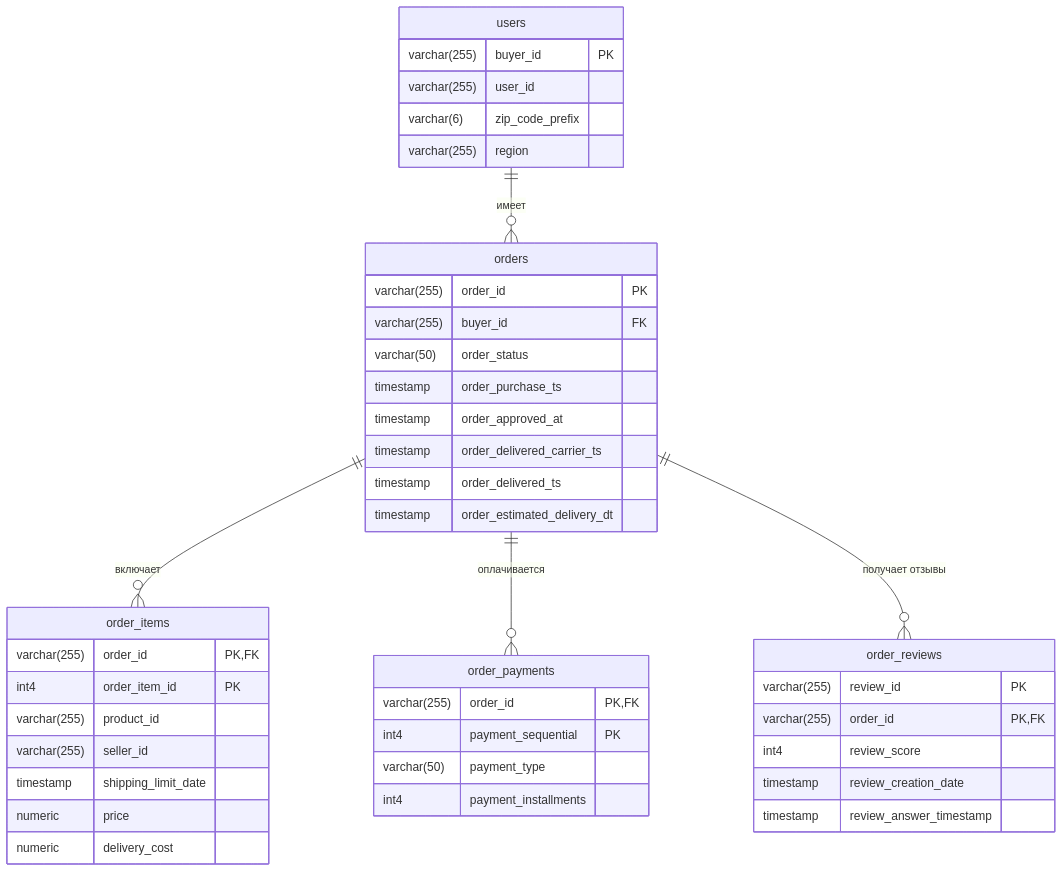
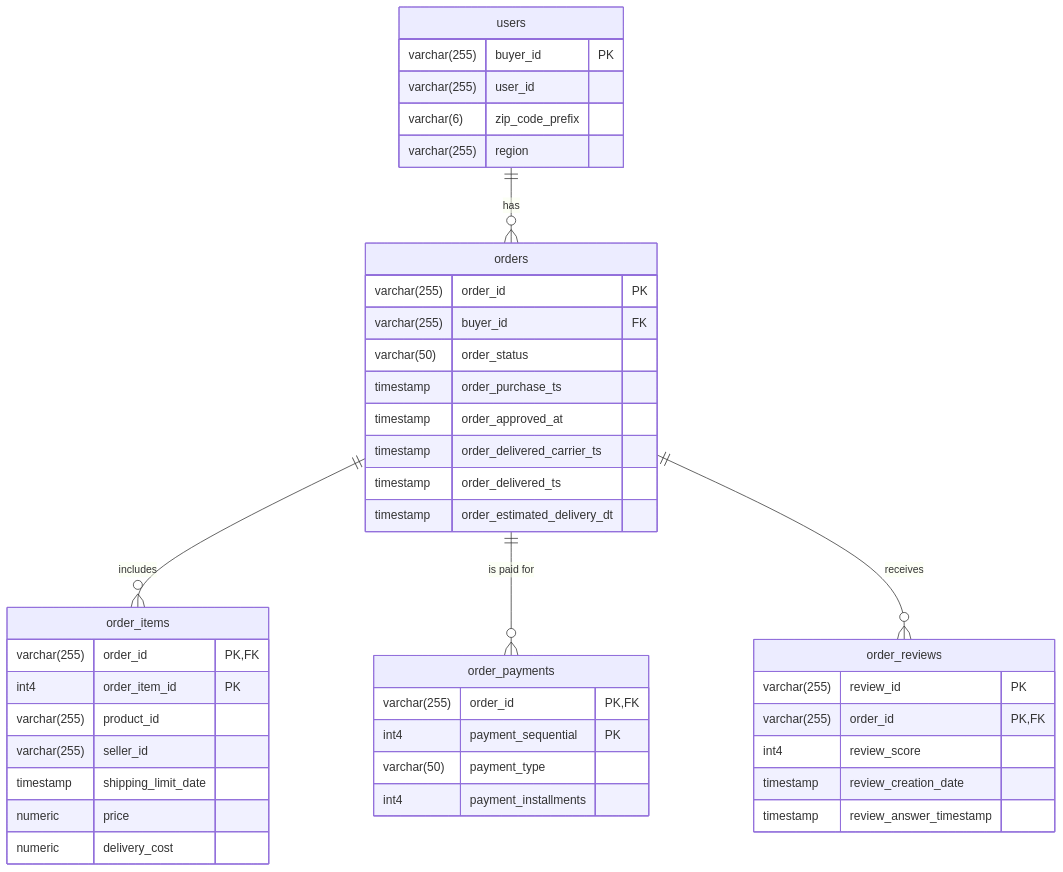
Before and after one commit to ami-wq/ecommerce-data-analysis: the diagram in README.md, drawn with Mermaid.

Commit message:
Change ER diagram labels to English
Updated ER diagram relationships in README.md to use English terms.

````diff
--- a/README.md
+++ b/README.md
@@ -15,50 +15,50 @@
 ```mermaid
 erDiagram
-    users ||--o{ orders : "имеет"
-    orders ||--o{ order_items : "включает"
-    orders ||--o{ order_payments : "оплачивается"
-    orders ||--o{ order_reviews : "получает отзывы"
+    users ||--o{ orders : "has"
+    orders ||--o{ order_items : "includes"
+    orders ||--o{ order_payments : "is paid for"
+    orders ||--o{ order_reviews : "receives"
 
     users {
         varchar(255) buyer_id PK
         varchar(255) user_id
         varchar(6) zip_code_prefix
         varchar(255) region
     }
 
     orders {
         varchar(255) order_id PK
         varchar(255) buyer_id FK
         varchar(50) order_status
         timestamp order_purchase_ts
         timestamp order_approved_at
         timestamp order_delivered_carrier_ts
         timestamp order_delivered_ts
         timestamp order_estimated_delivery_dt
     }
 
     order_items {
         varchar(255) order_id PK,FK
         int4 order_item_id PK
         varchar(255) product_id
         varchar(255) seller_id
         timestamp shipping_limit_date
         numeric price
         numeric delivery_cost
     }
 
     order_payments {
         varchar(255) order_id PK,FK
         int4 payment_sequential PK
         varchar(50) payment_type
         int4 payment_installments
     }
 
     order_reviews {
         varchar(255) review_id PK
         varchar(255) order_id PK,FK
         int4 review_score
         timestamp review_creation_date
         timestamp review_answer_timestamp
     }
 ```
````
